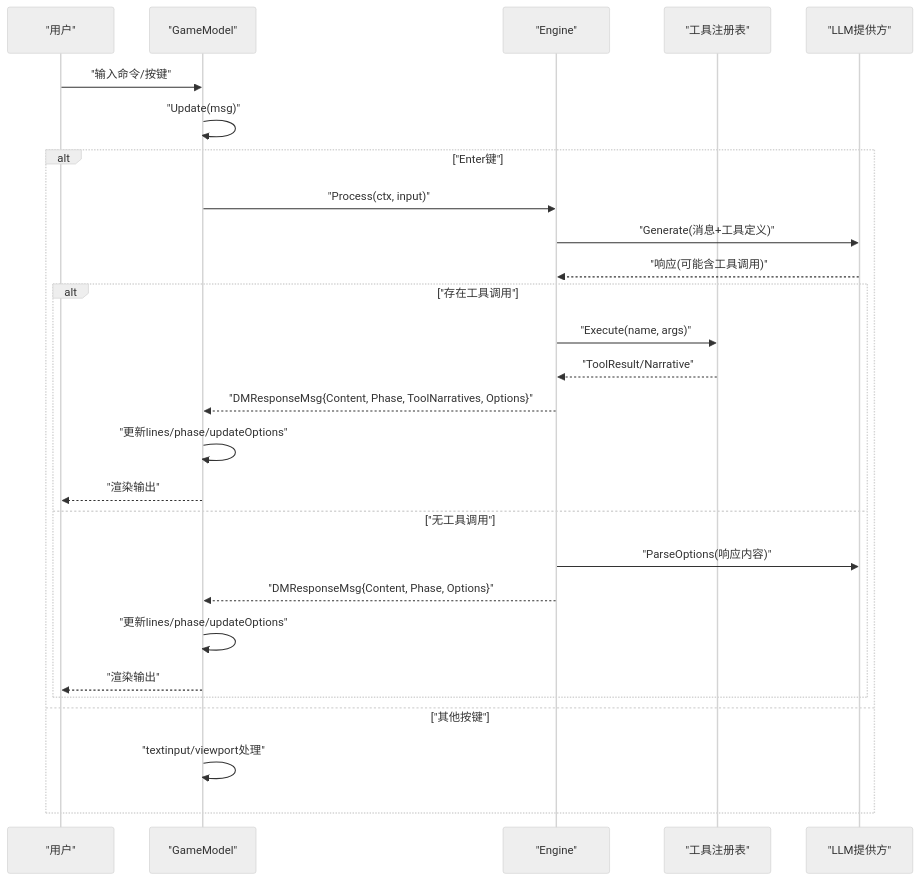
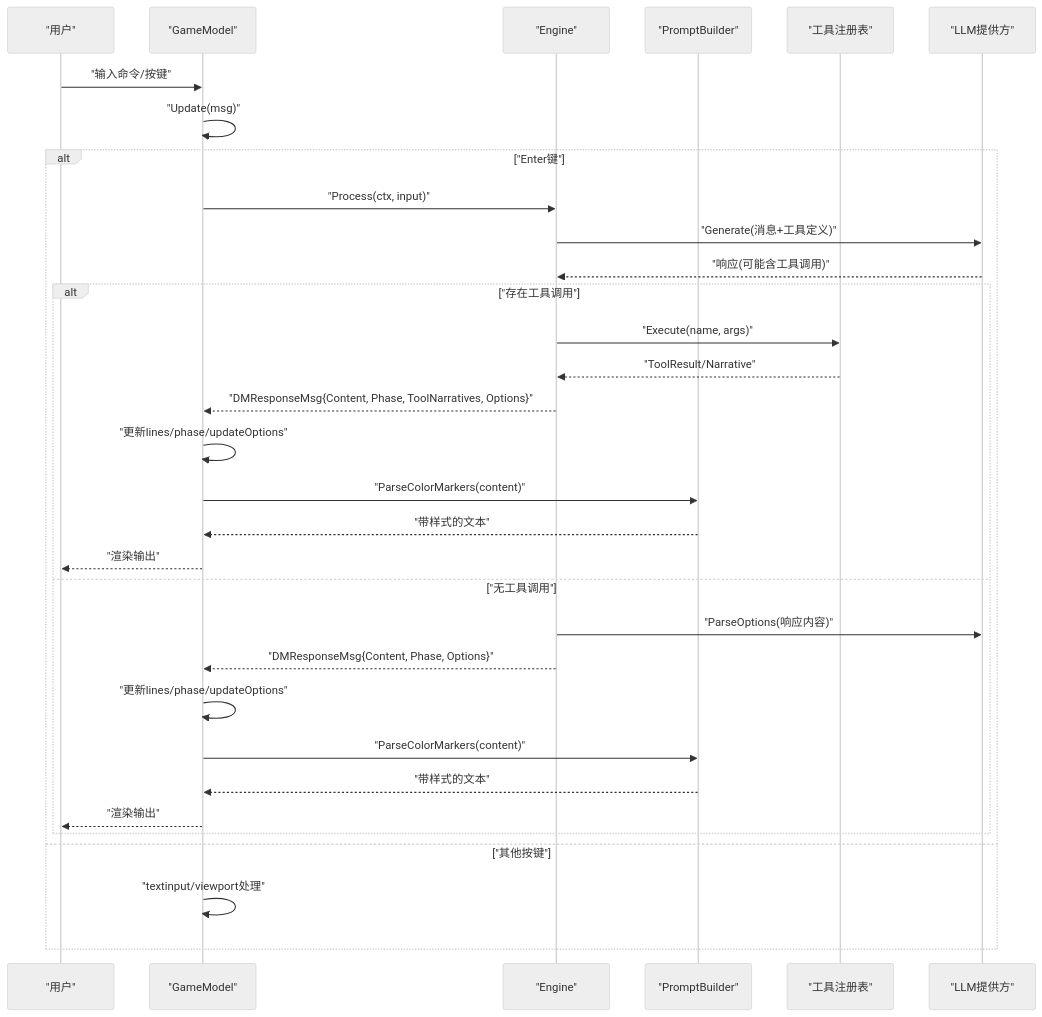
Before and after one commit to zwh8800/cdnd: the second of 6 diagrams in .qoder/repowiki/zh/content/用户界面/用户界面.md, drawn with Mermaid (neutral theme). The commit also changed other lines of this file and 23 other files, not shown here.

````diff
--- a/.qoder/repowiki/zh/content/用户界面/用户界面.md
+++ b/.qoder/repowiki/zh/content/用户界面/用户界面.md
@@ -118,29 +125,34 @@
 ```mermaid
 sequenceDiagram
 participant User as "用户"
 participant UI as "GameModel"
 participant Engine as "Engine"
+participant Prompt as "PromptBuilder"
 participant Tools as "工具注册表"
 participant LLM as "LLM提供方"
 User->>UI : "输入命令/按键"
 UI->>UI : "Update(msg)"
 alt "Enter键"
 UI->>Engine : "Process(ctx, input)"
 Engine->>LLM : "Generate(消息+工具定义)"
 LLM-->>Engine : "响应(可能含工具调用)"
 alt "存在工具调用"
 Engine->>Tools : "Execute(name, args)"
 Tools-->>Engine : "ToolResult/Narrative"
 Engine-->>UI : "DMResponseMsg{Content, Phase, ToolNarratives, Options}"
 UI->>UI : "更新lines/phase/updateOptions"
+UI->>Prompt : "ParseColorMarkers(content)"
+Prompt-->>UI : "带样式的文本"
 UI-->>User : "渲染输出"
 else "无工具调用"
 Engine->>LLM : "ParseOptions(响应内容)"
 Engine-->>UI : "DMResponseMsg{Content, Phase, Options}"
 UI->>UI : "更新lines/phase/updateOptions"
+UI->>Prompt : "ParseColorMarkers(content)"
+Prompt-->>UI : "带样式的文本"
 UI-->>User : "渲染输出"
 end
 else "其他按键"
 UI->>UI : "textinput/viewport处理"
 end
 ```
````
